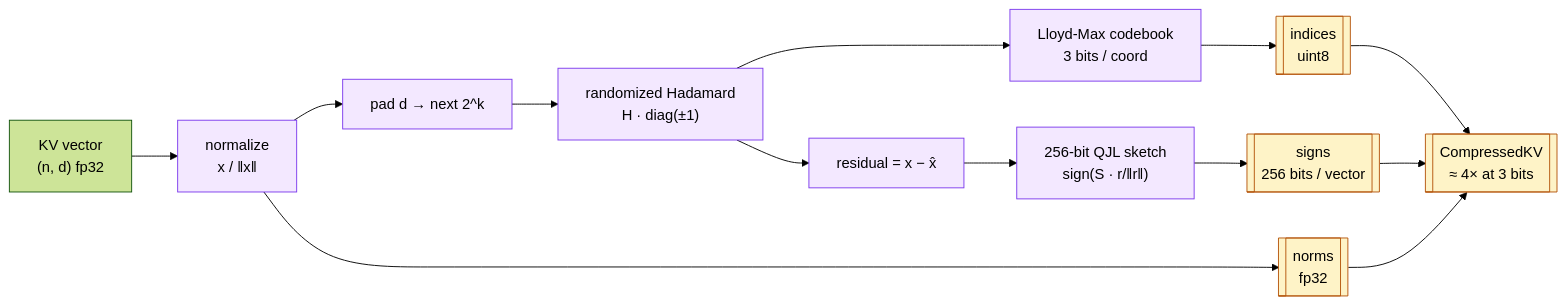
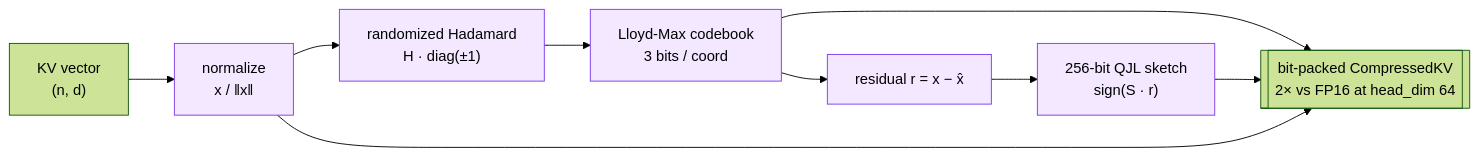
Before and after one commit to ndg8743/ScuffedRDMA: the third of 3 diagrams in README.md, drawn with Mermaid (forest theme). The commit also changed other lines of this file and 14 other files, not shown here.

First line of the commit message:
docs: per-update READMEs, Update 8 libfabric draft, roadmap, README without UCX

````diff
--- a/README.md
+++ b/README.md
@@ -87,20 +69,14 @@
 ```mermaid
 flowchart LR
-    IN["KV vector<br/>(n, d) fp32"] --> N1[normalize<br/>x / ‖x‖]
-    N1 --> PAD[pad d → next 2^k]
-    PAD --> ROT["randomized Hadamard<br/>H · diag(±1)"]
+    IN["KV vector<br/>(n, d)"] --> N1[normalize<br/>x / ‖x‖]
+    N1 --> ROT["randomized Hadamard<br/>H · diag(±1)"]
     ROT --> QZ["Lloyd-Max codebook<br/>3 bits / coord"]
-    QZ --> IDX[["indices<br/>uint8"]]
-    ROT --> RES[residual = x − x̂]
-    RES --> QJL["256-bit QJL sketch<br/>sign(S · r/‖r‖)"]
-    QJL --> SIG[["signs<br/>256 bits / vector"]]
-    IDX --> OUT[["CompressedKV<br/>≈ 4× at 3 bits"]]
-    SIG --> OUT
-    N1 --> NRM[["norms<br/>fp32"]]
-    NRM --> OUT
+    QZ --> RES[residual r = x − x̂]
+    RES --> QJL["256-bit QJL sketch<br/>sign(S · r)"]
+    QZ --> OUT[["bit-packed CompressedKV<br/>2× vs FP16 at head_dim 64"]]
+    QJL --> OUT
+    N1 --> OUT
 
     classDef stage fill:#f3e8ff,stroke:#7c3aed,stroke-width:1px
-    classDef art fill:#fef3c7,stroke:#b45309,stroke-width:1px
-    class N1,PAD,ROT,QZ,RES,QJL stage
-    class IDX,SIG,NRM,OUT art
+    class N1,ROT,QZ,RES,QJL stage
 ```
````
